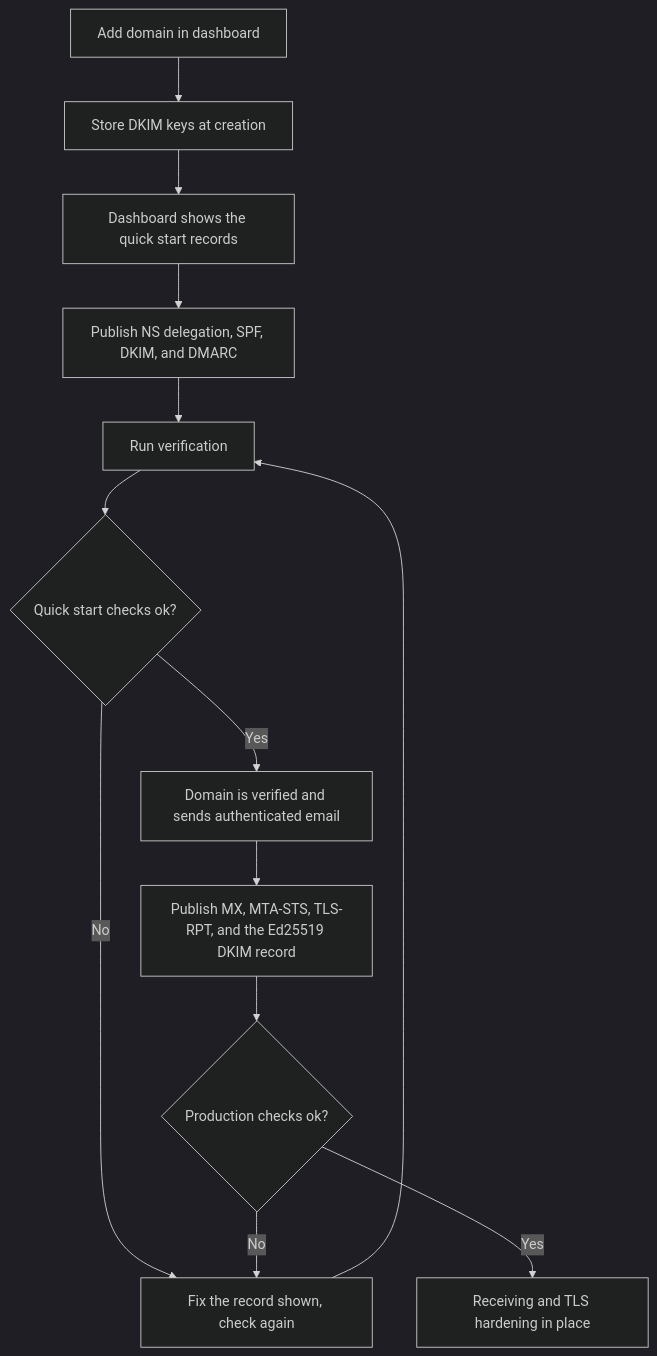
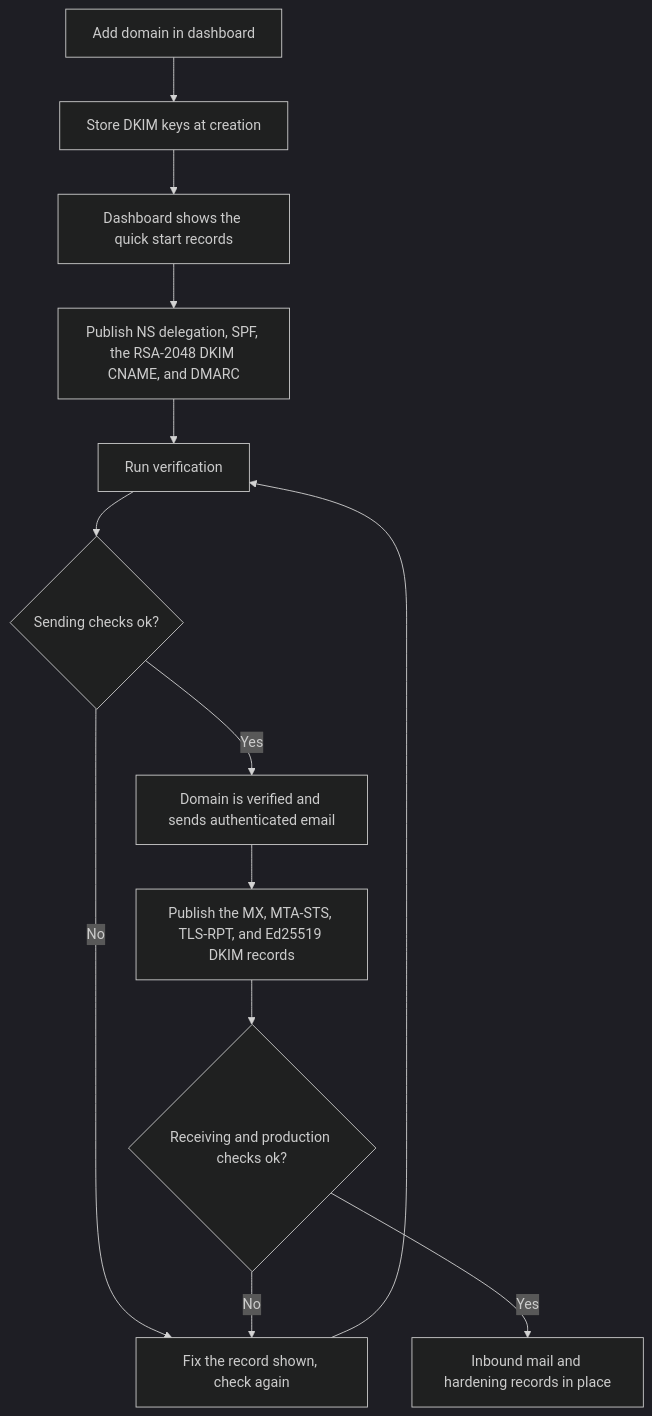
Before and after one commit to codingjoe/relay: the second of 2 diagrams in docs/docs/domains.md, drawn with Mermaid (dark theme). The commit also changed other lines of this file and 21 other files, not shown here.

````diff
--- a/docs/docs/domains.md
+++ b/docs/docs/domains.md
@@ -70,15 +75,15 @@
 ```mermaid
 flowchart TD
     A[Add domain in dashboard] --> B[Store DKIM keys at creation]
     B --> C[Dashboard shows the quick start records]
-    C --> D[Publish NS delegation, SPF, DKIM, and DMARC]
+    C --> D[Publish NS delegation, SPF, the RSA-2048 DKIM CNAME, and DMARC]
     D --> E[Run verification]
-    E --> F{Quick start checks ok?}
+    E --> F{Sending checks ok?}
     F -- No --> G[Fix the record shown, check again]
     G --> E
     F -- Yes --> H[Domain is verified and sends authenticated email]
-    H --> I[Publish MX, MTA-STS, TLS-RPT, and the Ed25519 DKIM record]
-    I --> J{Production checks ok?}
+    H --> I[Publish the MX, MTA-STS, TLS-RPT, and Ed25519 DKIM records]
+    I --> J{Receiving and production checks ok?}
     J -- No --> G
-    J -- Yes --> K[Receiving and TLS hardening in place]
+    J -- Yes --> K[Inbound mail and hardening records in place]
 ```
````
